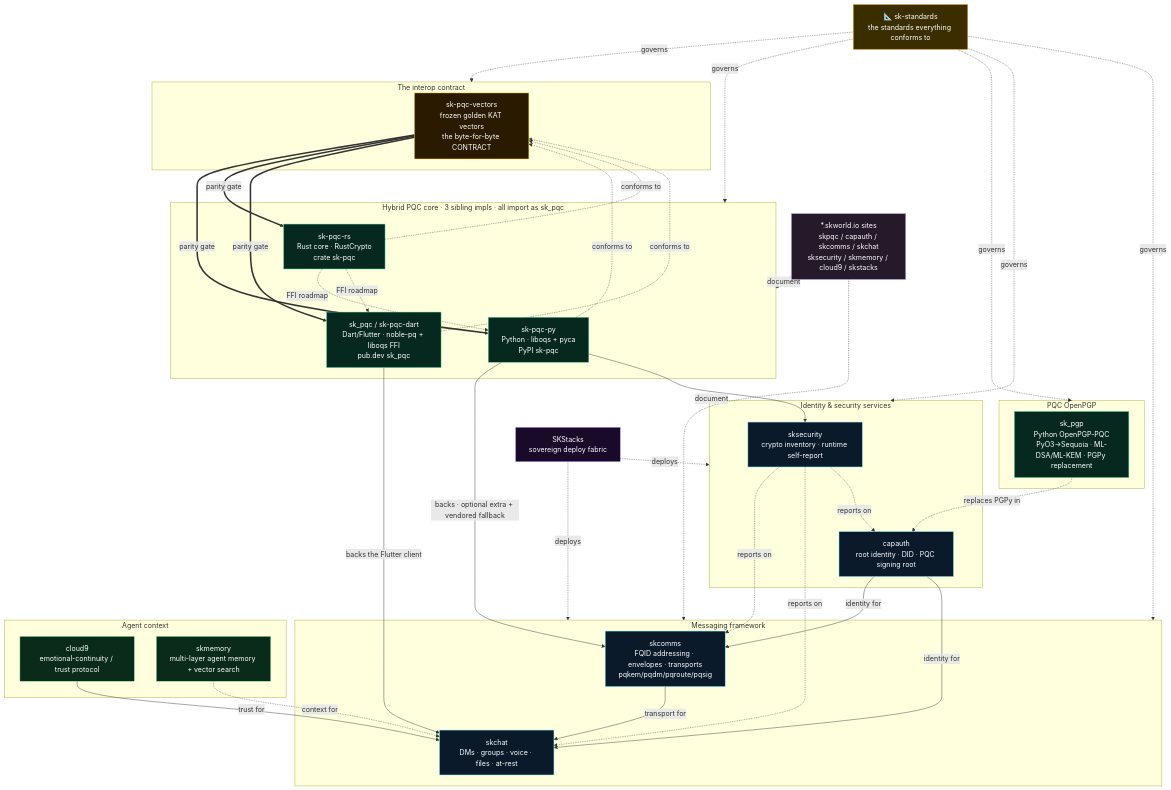
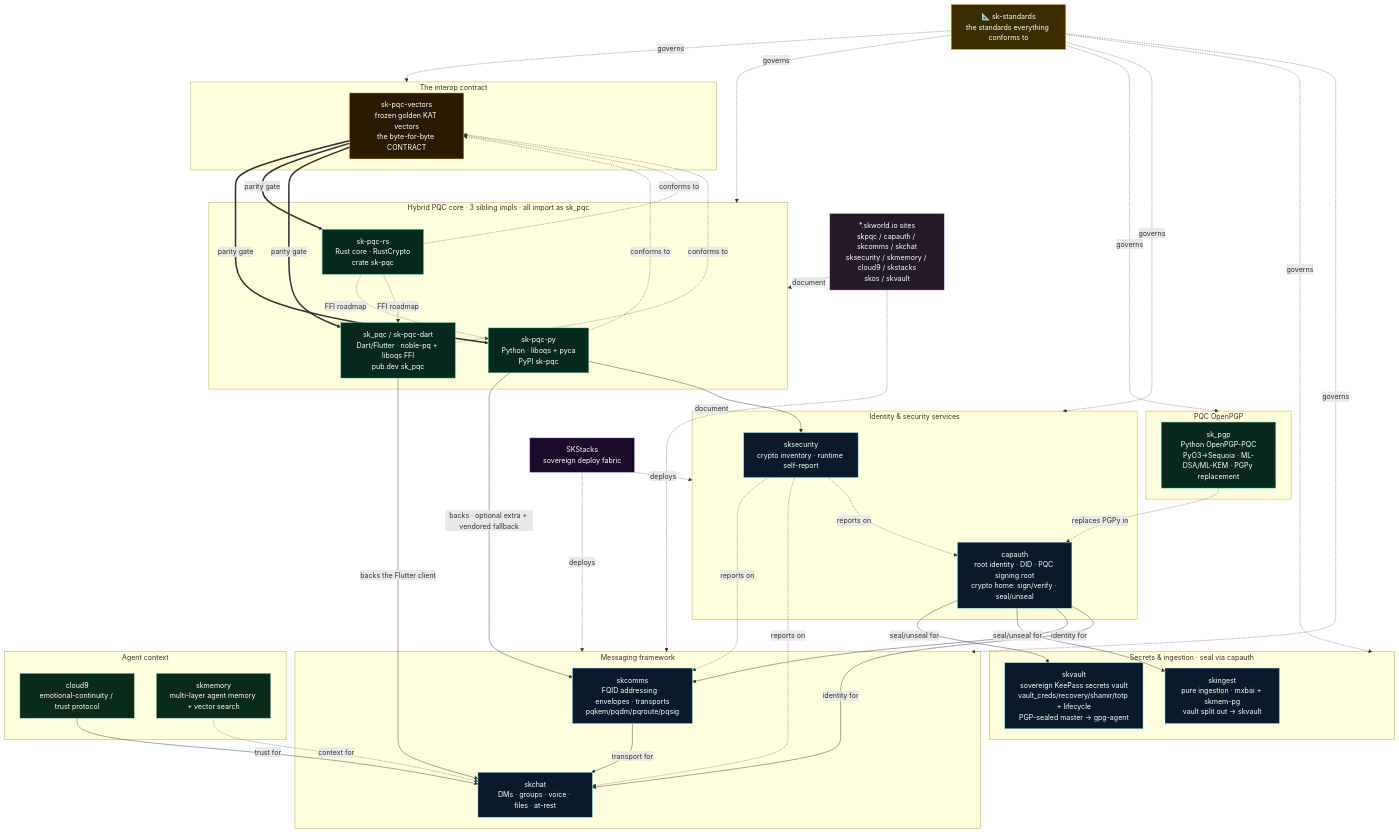
Before and after one commit to smilinTux/sk-standards: the diagram in ECOSYSTEM.md, drawn with Mermaid. The commit also changed other lines of this file and 1 other file, not shown here.

Commit message:
ecosystem: add skvault (secrets vault, split out of skingest)
skvault is the new sovereign secrets-vault package (EPIC 11eeac9e), split
out of skingest. Architecture now: capauth = crypto home (sign/verify +
seal/unseal); skvault = KeePass secrets vault (vault_creds/recovery/shamir/
totp + lifecycle) sealing via capauth.seal; skingest = pure ingestion that
also seals via capauth.seal but NO LONGER owns the vault.

- ECOSYSTEM.md + README.md mermaid: new "Secrets & ingestion" cluster with
  skvault + skingest, capauth -->|seal/unseal for| {skvault,skingest} edges,
  STD governs the cluster.
- capauth nodes/table note the seal/unseal crypto-home role.
- repos tables + repo bullets: skvault + skingest rows.
- sites list: add skos + skvault.skworld.io.

Claude-Session: https://claude.ai/code/session_01JPZ6QJhQemhZwfGJgTWN29

```diff
--- a/ECOSYSTEM.md
+++ b/ECOSYSTEM.md
@@ -40,8 +40,13 @@
     end
 
     subgraph identity[Identity & security services]
-      CAP[capauth<br/>root identity · DID · PQC signing root]:::svc
+      CAP[capauth<br/>root identity · DID · PQC signing root<br/>crypto home: sign/verify · seal/unseal]:::svc
       SEC[sksecurity<br/>crypto inventory · runtime self-report]:::svc
+    end
+
+    subgraph secrets[Secrets & ingestion · seal via capauth]
+      SKVAULT[skvault<br/>sovereign KeePass secrets vault<br/>vault_creds/recovery/shamir/totp + lifecycle<br/>PGP-sealed master → gpg-agent]:::svc
+      SKINGEST[skingest<br/>pure ingestion · mxbai + skmem-pg<br/>vault split out → skvault]:::svc
     end
 
     subgraph comms[Messaging framework]
@@ -55,7 +60,7 @@
     end
 
     INFRA[SKStacks<br/>sovereign deploy fabric]:::infra
-    SITES[*.skworld.io sites<br/>skpqc / capauth / skcomms / skchat<br/>sksecurity / skmemory / cloud9 / skstacks]:::site
+    SITES[*.skworld.io sites<br/>skpqc / capauth / skcomms / skchat<br/>sksecurity / skmemory / cloud9 / skstacks<br/>skos / skvault]:::site
 
     %% --- interop contract: vectors is the parity gate the 3 impls satisfy ---
     PY -. conforms to .-> VEC
@@ -74,6 +79,10 @@
 
     %% --- pgp backs the signing root (roadmap; PGPy today) ---
     PGP -. replaces PGPy in .-> CAP
+
+    %% --- capauth.seal backs the vault + ingestion (skvault split out of skingest) ---
+    CAP -->|seal/unseal for| SKVAULT
+    CAP -->|seal/unseal for| SKINGEST
 
     %% --- identity + transport + trust assemble the chat app ---
     CAP -->|identity for| SKCOMMS
@@ -96,6 +105,7 @@
     STD -. governs .-> core
     STD -. governs .-> pgp
     STD -. governs .-> identity
+    STD -. governs .-> secrets
     STD -. governs .-> comms
 
     classDef std fill:#3a2d00,stroke:#ffa500,color:#fff;
```
